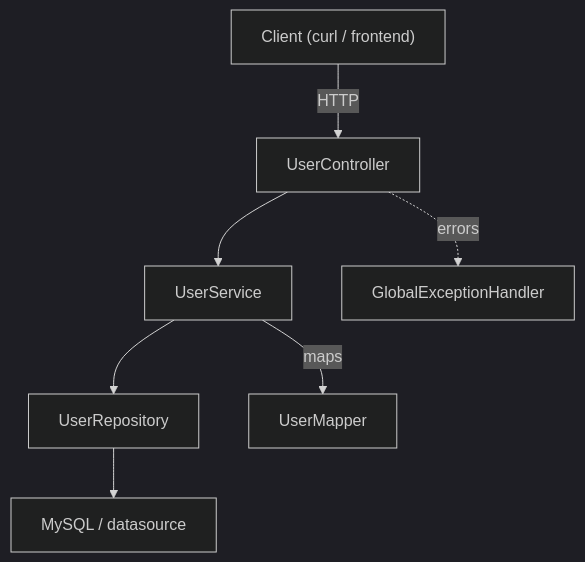
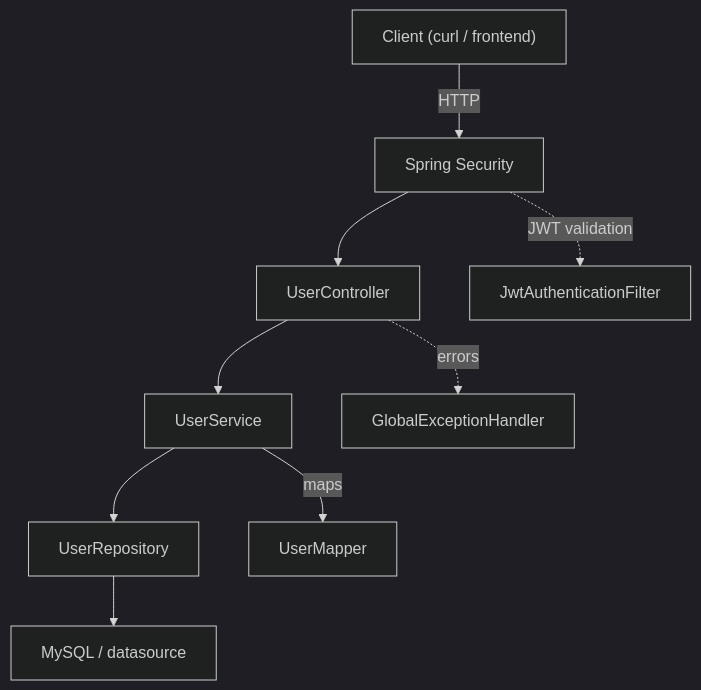
The diagram in README.md (ankitkumar910/identity-stack), drawn with Mermaid (dark theme) before and after one commit. The commit also changed other lines of this file, not shown here.

````diff
--- a/README.md
+++ b/README.md
@@ -32,9 +93,11 @@
 ```mermaid
 flowchart TD
-  Client["Client (curl / frontend)"] -->|HTTP| Controller["UserController"]
+  Client["Client (curl / frontend)"] -->|HTTP| Security["Spring Security"]
+  Security --> Controller["UserController"]
+  Security -.->|JWT validation| Jwt["JwtAuthenticationFilter"]
   Controller --> Service["UserService"]
   Service --> Repo["UserRepository"]
   Repo --> DB["MySQL / datasource"]
   Service -->|maps| Mapper["UserMapper"]
   Controller -.->|errors| Handler["GlobalExceptionHandler"]
 ```
````
